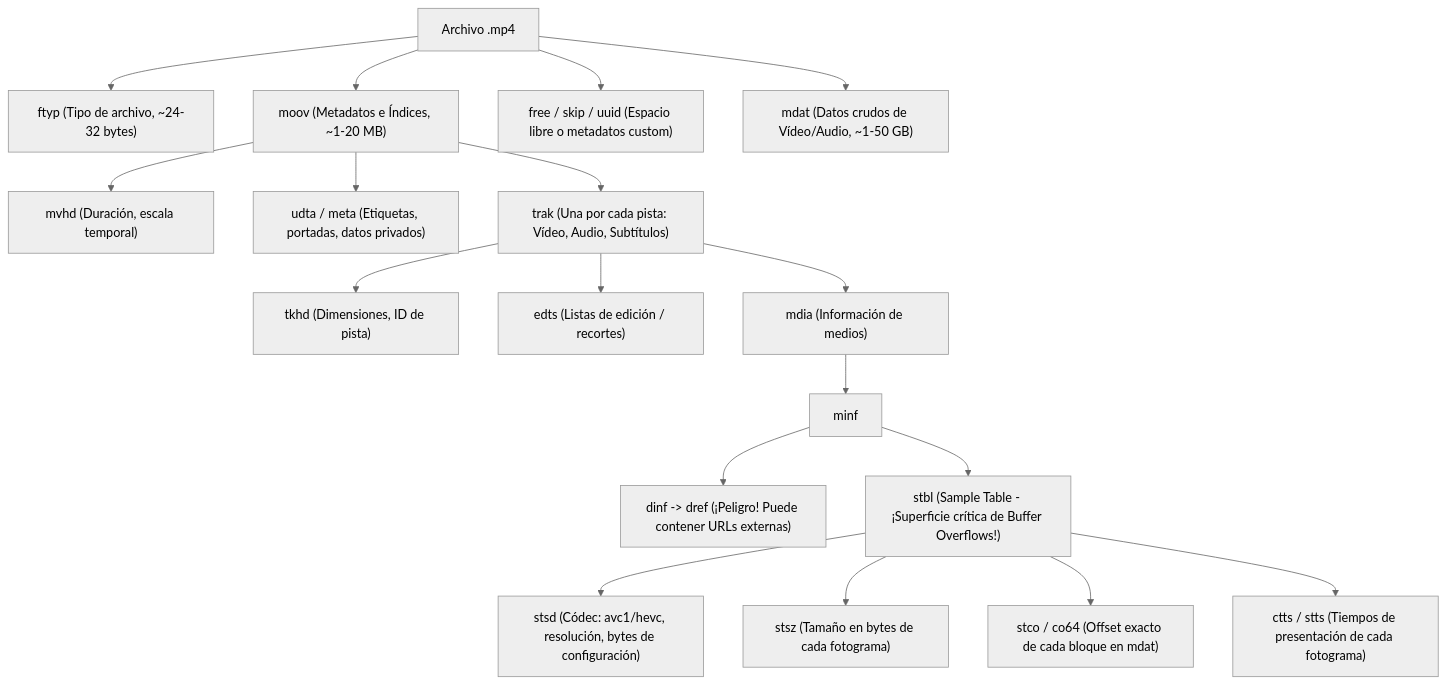
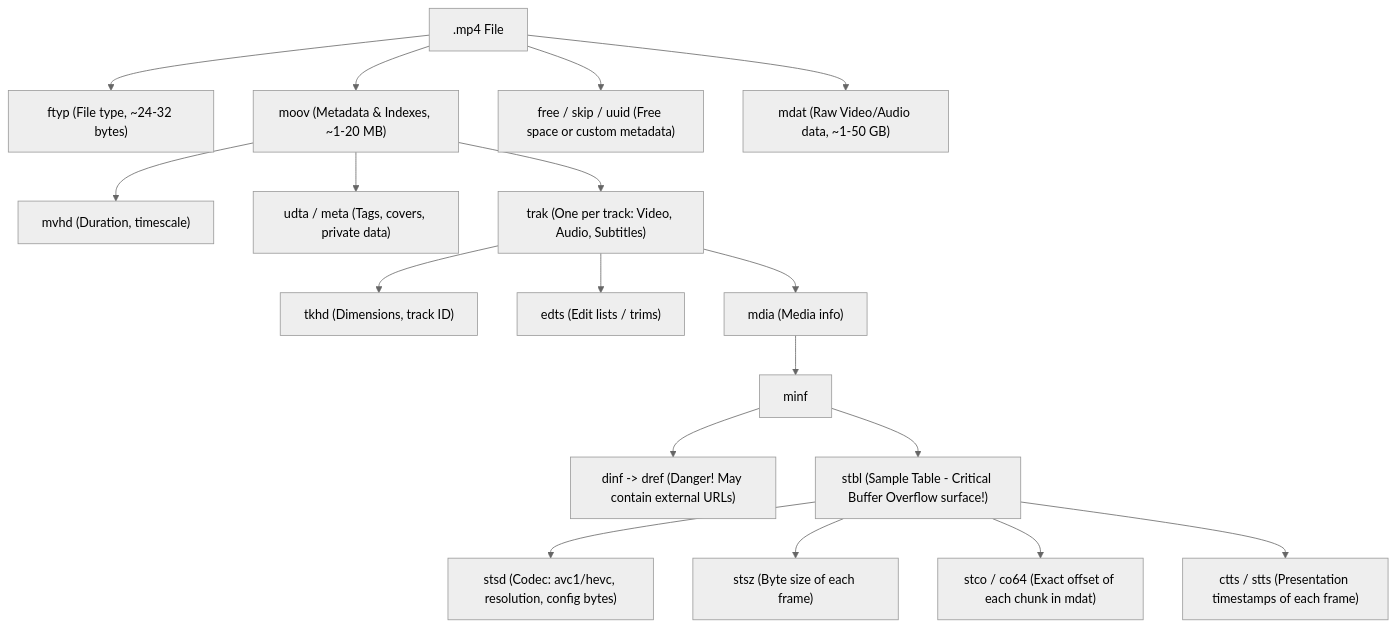
Before and after one commit to g-gar/vidsec: the first of 3 diagrams in docs/v1/arquitectura_video_shield.md, drawn with Mermaid (neutral theme). The commit also changed other lines of this file and 8 other files, not shown here.

Commit message:
docs(v1): translate v1 architecture and milestone specs to English and remove local paths

````diff
--- a/docs/v1/arquitectura_video_shield.md
+++ b/docs/v1/arquitectura_video_shield.md
@@ -19,24 +19,24 @@
 ```mermaid
 flowchart TD
-    Root["Archivo .mp4"] --> ftyp["ftyp (Tipo de archivo, ~24-32 bytes)"]
-    Root --> moov["moov (Metadatos e Índices, ~1-20 MB)"]
-    Root --> free["free / skip / uuid (Espacio libre o metadatos custom)"]
-    Root --> mdat["mdat (Datos crudos de Vídeo/Audio, ~1-50 GB)"]
+    Root[".mp4 File"] --> ftyp["ftyp (File type, ~24-32 bytes)"]
+    Root --> moov["moov (Metadata & Indexes, ~1-20 MB)"]
+    Root --> free["free / skip / uuid (Free space or custom metadata)"]
+    Root --> mdat["mdat (Raw Video/Audio data, ~1-50 GB)"]
     
-    moov --> mvhd["mvhd (Duración, escala temporal)"]
-    moov --> udta["udta / meta (Etiquetas, portadas, datos privados)"]
-    moov --> trak["trak (Una por cada pista: Vídeo, Audio, Subtítulos)"]
+    moov --> mvhd["mvhd (Duration, timescale)"]
+    moov --> udta["udta / meta (Tags, covers, private data)"]
+    moov --> trak["trak (One per track: Video, Audio, Subtitles)"]
     
-    trak --> tkhd["tkhd (Dimensiones, ID de pista)"]
-    trak --> edts["edts (Listas de edición / recortes)"]
-    trak --> mdia["mdia (Información de medios)"]
+    trak --> tkhd["tkhd (Dimensions, track ID)"]
+    trak --> edts["edts (Edit lists / trims)"]
+    trak --> mdia["mdia (Media info)"]
     
     mdia --> minf["minf"]
-    minf --> dinf["dinf -> dref (¡Peligro! Puede contener URLs externas)"]
-    minf --> stbl["stbl (Sample Table - ¡Superficie crítica de Buffer Overflows!)"]
+    minf --> dinf["dinf -> dref (Danger! May contain external URLs)"]
+    minf --> stbl["stbl (Sample Table - Critical Buffer Overflow surface!)"]
     
-    stbl --> stsd["stsd (Códec: avc1/hevc, resolución, bytes de configuración)"]
-    stbl --> stsz["stsz (Tamaño en bytes de cada fotograma)"]
-    stbl --> stco["stco / co64 (Offset exacto de cada bloque en mdat)"]
-    stbl --> ctts["ctts / stts (Tiempos de presentación de cada fotograma)"]
+    stbl --> stsd["stsd (Codec: avc1/hevc, resolution, config bytes)"]
+    stbl --> stsz["stsz (Byte size of each frame)"]
+    stbl --> stco["stco / co64 (Exact offset of each chunk in mdat)"]
+    stbl --> ctts["ctts / stts (Presentation timestamps of each frame)"]
 ```
````
